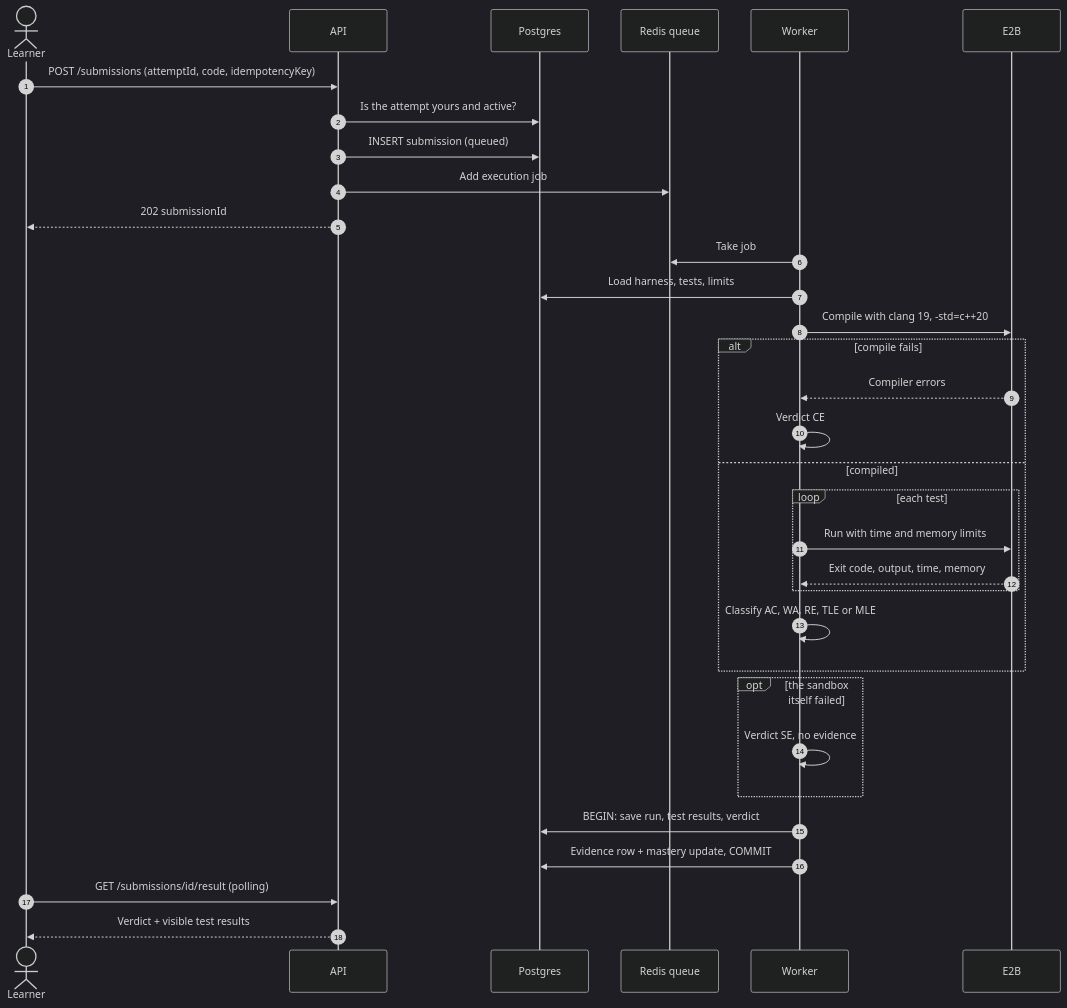
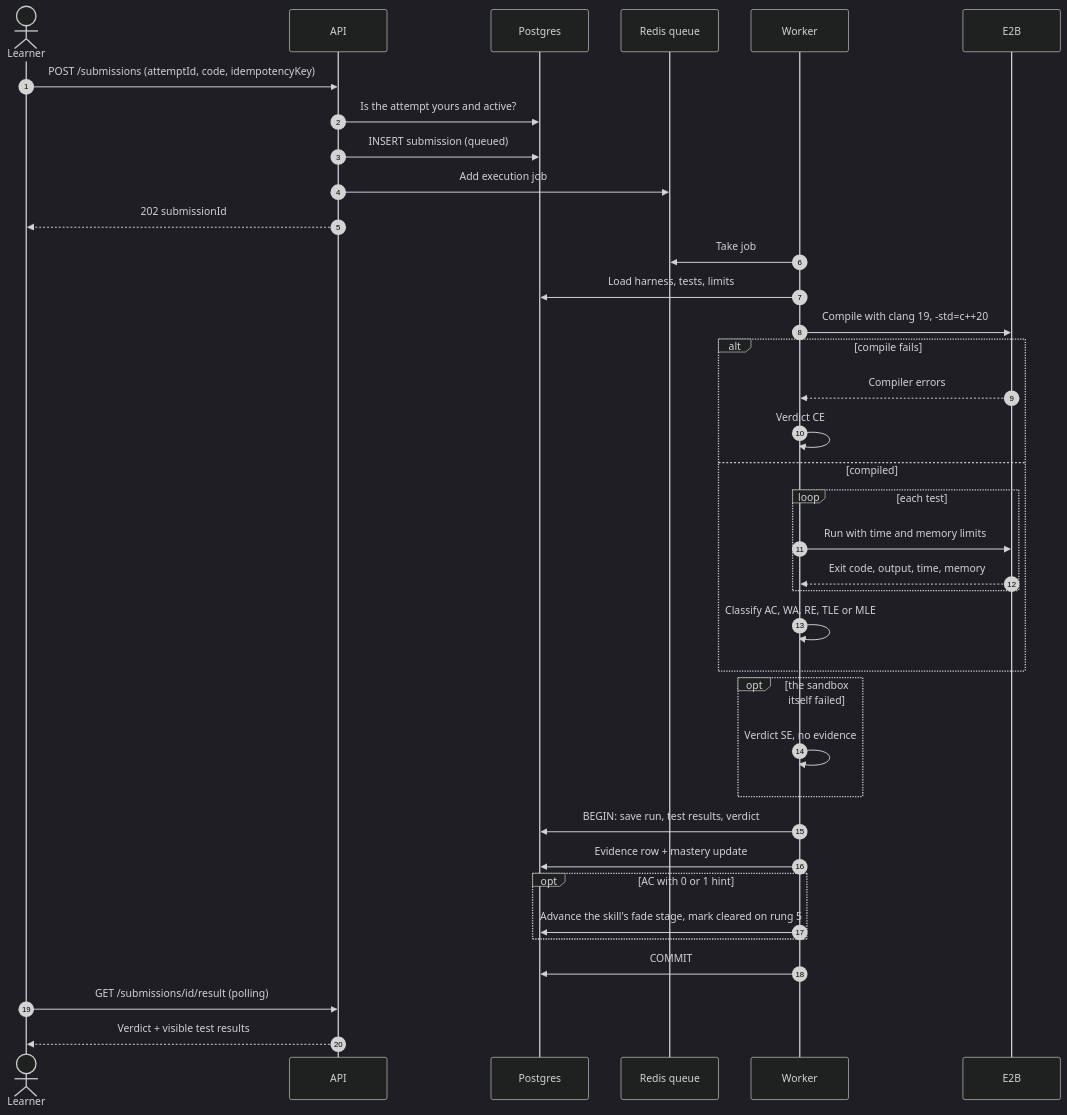
Before and after one commit to Nidanos/ai-tutor-platform: diagram 20 of 32 in DOCS/phase-2/MP3-System-Design.md, drawn with Mermaid (dark theme). The commit also changed other lines of this file, not shown here.

Commit message:
docs: update Phase 2 design with per-skill fade, schema refinements and auth decisions

````diff
--- a/DOCS/phase-2/MP3-System-Design.md
+++ b/DOCS/phase-2/MP3-System-Design.md
@@ -1195,35 +1305,39 @@
 ```mermaid
 sequenceDiagram
   autonumber
   actor L as Learner
   participant A as API
   participant DB as Postgres
   participant Q as Redis queue
   participant K as Worker
   participant S as E2B
   L->>A: POST /submissions (attemptId, code, idempotencyKey)
   A->>DB: Is the attempt yours and active?
   A->>DB: INSERT submission (queued)
   A->>Q: Add execution job
   A-->>L: 202 submissionId
   K->>Q: Take job
   K->>DB: Load harness, tests, limits
   K->>S: Compile with clang 19, -std=c++20
   alt compile fails
     S-->>K: Compiler errors
     K->>K: Verdict CE
   else compiled
     loop each test
       K->>S: Run with time and memory limits
       S-->>K: Exit code, output, time, memory
     end
     K->>K: Classify AC, WA, RE, TLE or MLE
   end
   opt the sandbox itself failed
     K->>K: Verdict SE, no evidence
   end
   K->>DB: BEGIN: save run, test results, verdict
-  K->>DB: Evidence row + mastery update, COMMIT
+  K->>DB: Evidence row + mastery update
+  opt AC with 0 or 1 hint
+    K->>DB: Advance the skill's fade stage, mark cleared on rung 5
+  end
+  K->>DB: COMMIT
   L->>A: GET /submissions/id/result (polling)
   A-->>L: Verdict + visible test results
 ```
````
